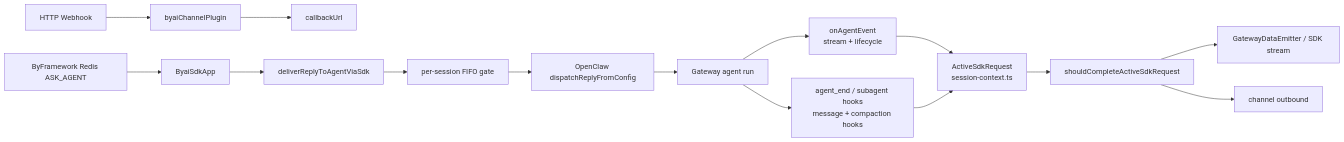
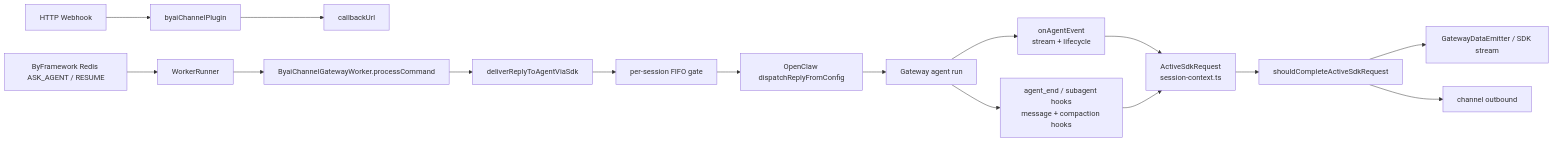
One commit to beyonai/ByClaw changed the first of 2 diagrams in byclaw-exe/extensions/byai-channel/MAINTAINER_GUIDE.md. Above: the diagram before and after it, drawn with Mermaid. The commit also changed other lines of this file and 11 other files, not shown here.

First line of the commit message:
feat(byai-channel): integrate GatewayWorker lifecycle and final answers

````diff
--- a/byclaw-exe/extensions/byai-channel/MAINTAINER_GUIDE.md
+++ b/byclaw-exe/extensions/byai-channel/MAINTAINER_GUIDE.md
@@ -30,19 +30,20 @@
 ```mermaid
 flowchart LR
   webhook["HTTP Webhook"] --> channel["byaiChannelPlugin"]
   channel --> callback["callbackUrl"]
 
-  redis["ByFramework Redis ASK_AGENT"] --> sdkApp["ByaiSdkApp"]
-  sdkApp --> processor["deliverReplyToAgentViaSdk"]
+  redis["ByFramework Redis ASK_AGENT / RESUME"] --> runner["WorkerRunner"]
+  runner --> worker["ByaiChannelGatewayWorker.processCommand"]
+  worker --> processor["deliverReplyToAgentViaSdk"]
   processor --> gate["per-session FIFO gate"]
   gate --> dispatch["OpenClaw dispatchReplyFromConfig"]
   dispatch --> gateway["Gateway agent run"]
 
   gateway --> events["onAgentEvent\nstream + lifecycle"]
   gateway --> hooks["agent_end / subagent hooks\nmessage + compaction hooks"]
   events --> state["ActiveSdkRequest\nsession-context.ts"]
   hooks --> state
   state --> completion["shouldCompleteActiveSdkRequest"]
   completion --> emitter["GatewayDataEmitter / SDK stream"]
   completion --> outbound["channel outbound"]
 ```
````
